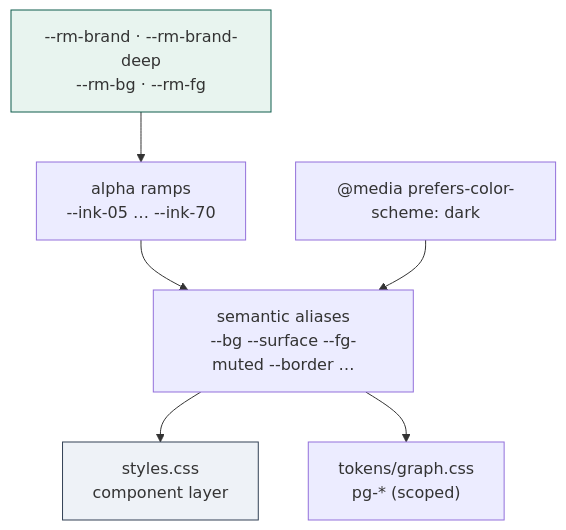
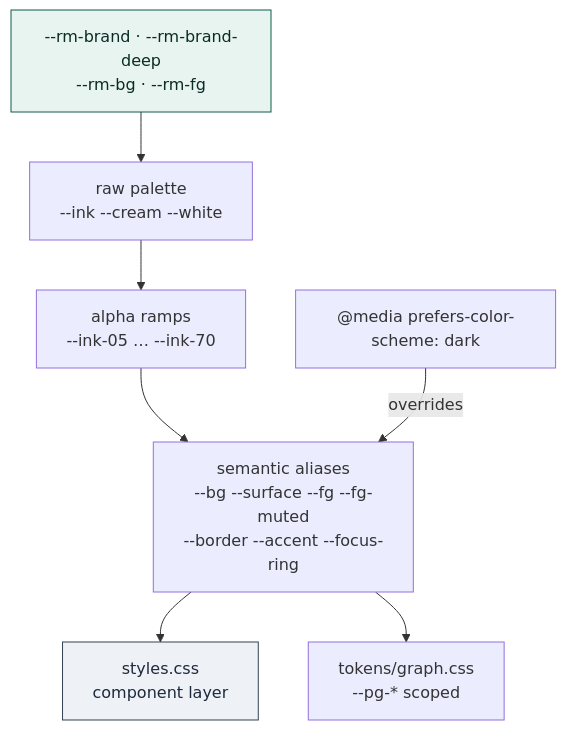
Diagram 13 of 14 in ARCHITECTURE.md (rolefinder/show-your-work), drawn with Mermaid before and after one commit. The commit also changed other lines of this file, not shown here.

````diff
--- a/ARCHITECTURE.md
+++ b/ARCHITECTURE.md
@@ -254,11 +625,12 @@
 ```mermaid
 flowchart TD
-    RM["--rm-brand · --rm-brand-deep<br/>--rm-bg · --rm-fg"] --> RAMP["alpha ramps<br/>--ink-05 … --ink-70"]
-    RAMP --> SEM["semantic aliases<br/>--bg --surface --fg-muted --border …"]
-    DARK["@media prefers-color-scheme: dark"] --> SEM
+    RM["--rm-brand · --rm-brand-deep<br/>--rm-bg · --rm-fg"] --> RAW["raw palette<br/>--ink --cream --white"]
+    RAW --> RAMP["alpha ramps<br/>--ink-05 … --ink-70"]
+    RAMP --> SEM["semantic aliases<br/>--bg --surface --fg --fg-muted<br/>--border --accent --focus-ring"]
+    DARK["@media prefers-color-scheme: dark"] -->|overrides| SEM
     SEM --> COMP["styles.css<br/>component layer"]
-    SEM --> GRAPH["tokens/graph.css<br/>pg-* (scoped)"]
+    SEM --> GRAPH["tokens/graph.css<br/>--pg-* scoped"]
 
-    style RM fill:#e8f4ef,stroke:#0f5c4c
-    style COMP fill:#eef2f7,stroke:#334155
+    style RM fill:#e8f4ef,stroke:#0f5c4c,color:#0b2b24
+    style COMP fill:#eef2f7,stroke:#334155,color:#1e293b
 ```
````
